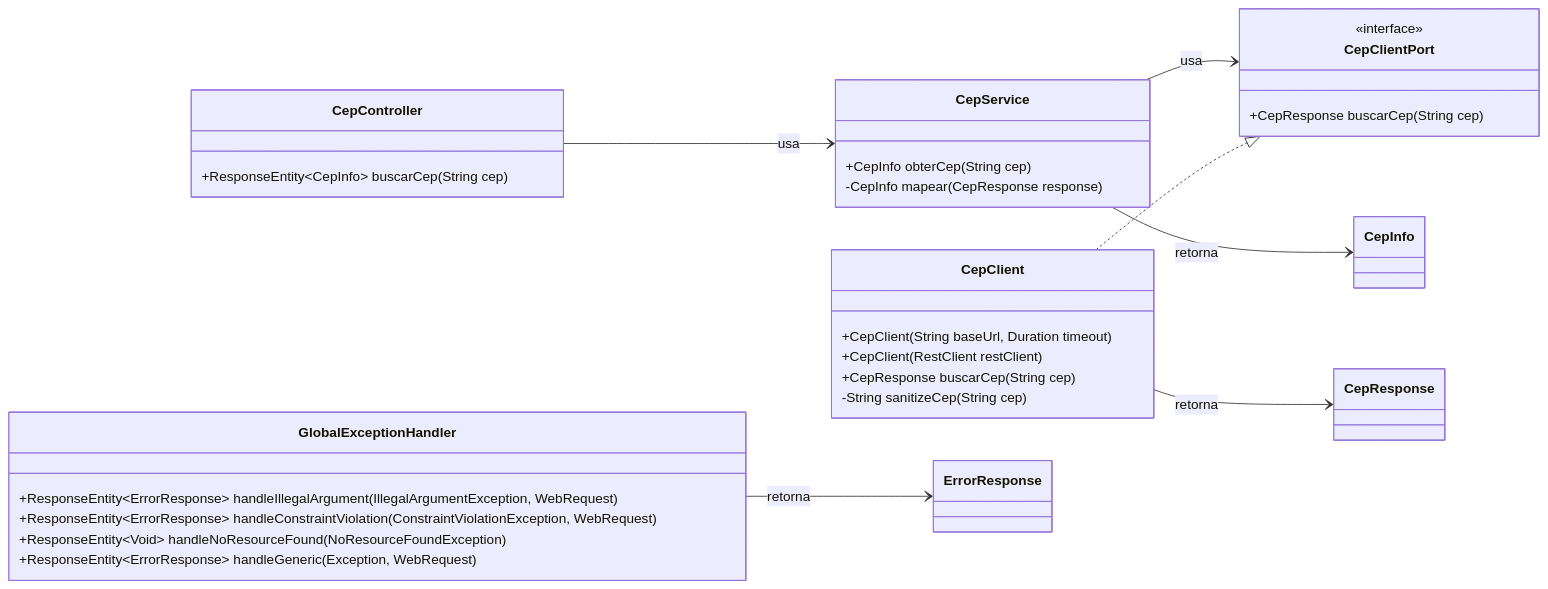
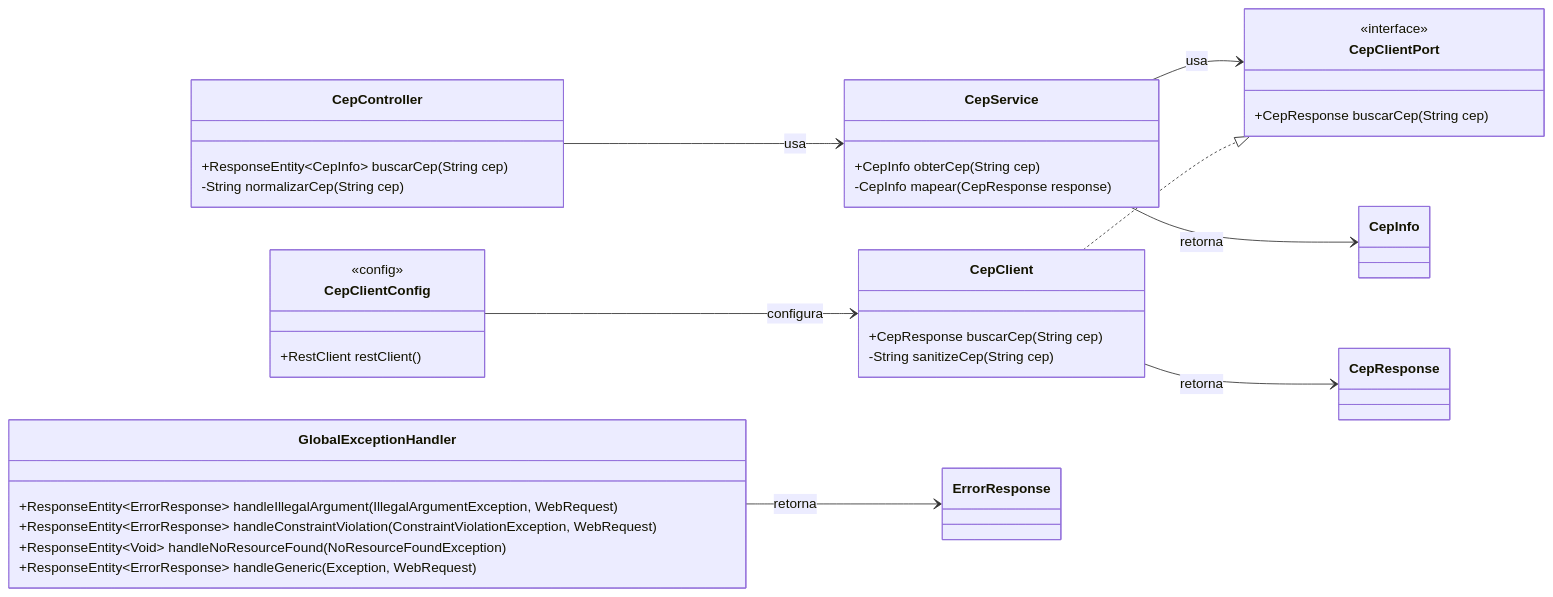
The first of 2 diagrams in README.md (renato-brito/teste-cep), drawn with Mermaid before and after one commit. The commit also changed other lines of this file and 2 other files, not shown here.

Commit message:
chore: alterado classe CepClientConfig para pacote config

````diff
--- a/README.md
+++ b/README.md
@@ -75,45 +71,48 @@
 ```mermaid
 classDiagram
   direction LR
 
   class CepController {
     +ResponseEntity~CepInfo~ buscarCep(String cep)
+    -String normalizarCep(String cep)
   }
 
   class CepService {
     +CepInfo obterCep(String cep)
     -CepInfo mapear(CepResponse response)
   }
 
   class CepClientPort {
     <<interface>>
     +CepResponse buscarCep(String cep)
   }
 
   class CepClient {
-    +CepClient(String baseUrl, Duration timeout)
-    +CepClient(RestClient restClient)
     +CepResponse buscarCep(String cep)
     -String sanitizeCep(String cep)
+  }
+
+  class CepClientConfig <<config>> {
+    +RestClient restClient()
   }
 
   class GlobalExceptionHandler {
     +ResponseEntity~ErrorResponse~ handleIllegalArgument(IllegalArgumentException, WebRequest)
     +ResponseEntity~ErrorResponse~ handleConstraintViolation(ConstraintViolationException, WebRequest)
     +ResponseEntity~Void~ handleNoResourceFound(NoResourceFoundException)
     +ResponseEntity~ErrorResponse~ handleGeneric(Exception, WebRequest)
   }
 
   class CepInfo
   class CepResponse
   class ErrorResponse
 
   CepController --> CepService : usa
   CepService --> CepClientPort : usa
   CepClient ..|> CepClientPort
+  CepClientConfig --> CepClient : configura
 
   CepClient --> CepResponse : retorna
   CepService --> CepInfo : retorna
   GlobalExceptionHandler --> ErrorResponse : retorna
-
 ```
````
